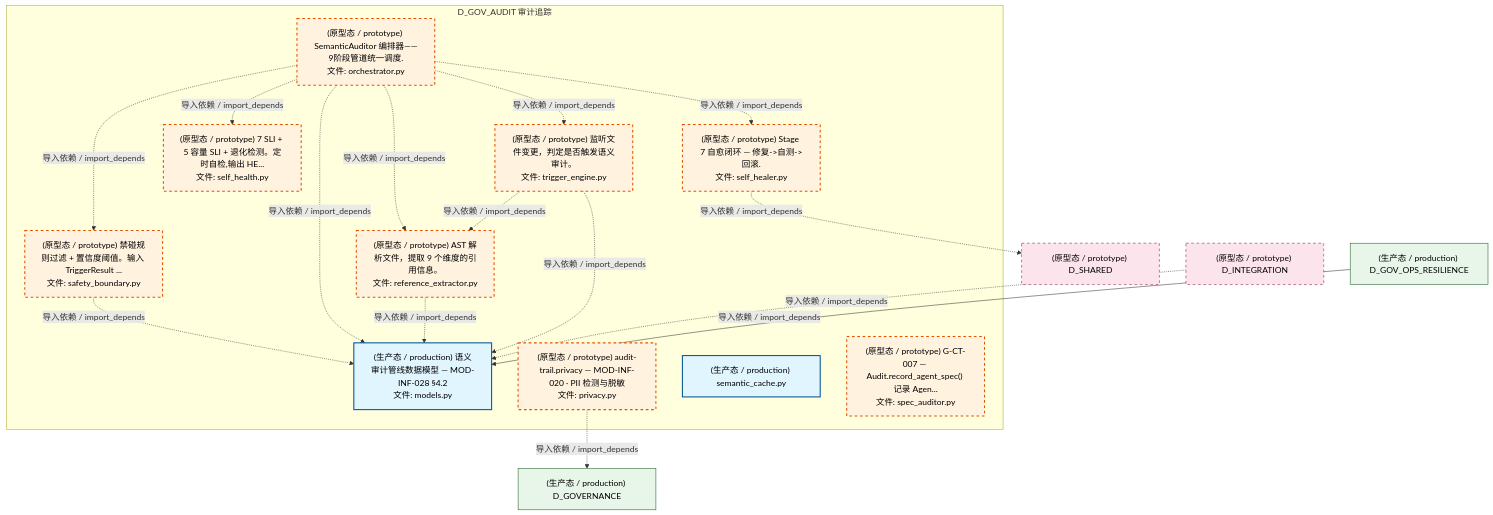
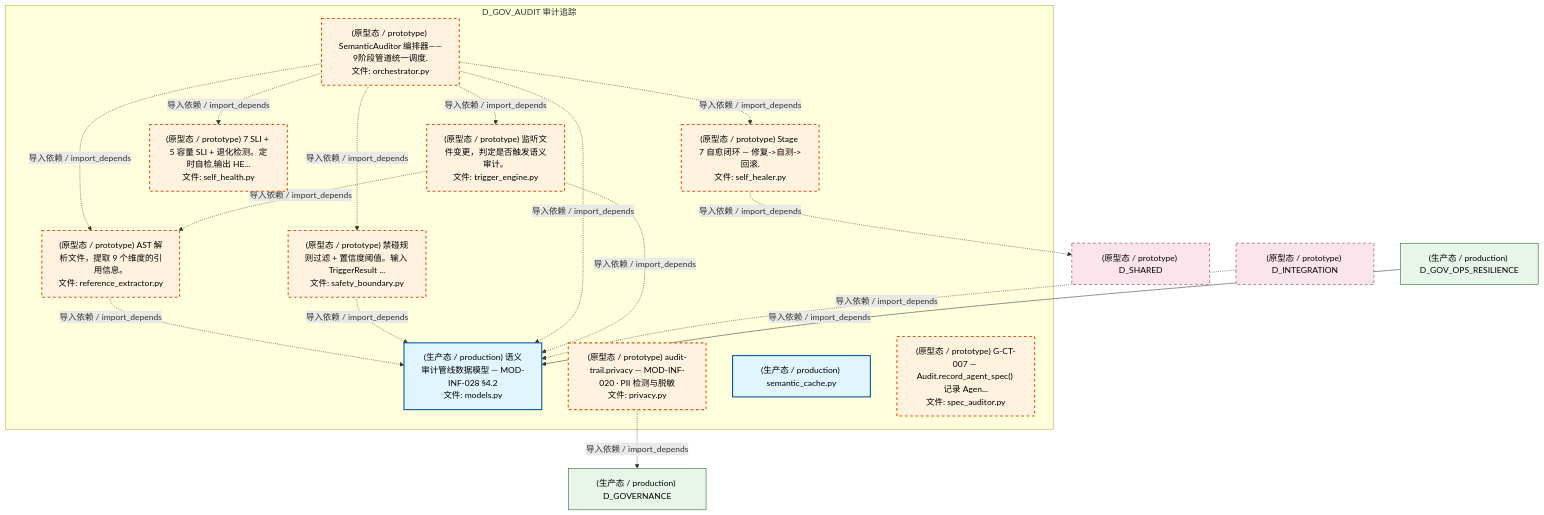
Before and after one commit to xuanFelixVan/ZephyrAlpha: the fourth of 8 diagrams in docs/02_enterprise_architecture/02_domain_architecture_docs/39_d_gov_audit.md, drawn with Mermaid. The commit also changed other lines of this file and 96 other files, not shown here.

````diff
--- a/docs/02_enterprise_architecture/02_domain_architecture_docs/39_d_gov_audit.md
+++ b/docs/02_enterprise_architecture/02_domain_architecture_docs/39_d_gov_audit.md
@@ -450,41 +449,41 @@
 ```mermaid
 graph TD
     subgraph D_GOV_AUDIT["D_GOV_AUDIT 审计追踪"]
         src_zephyr_governance_semantic_audit_models_py["(生产态 / production) 语义审计管线数据模型 — MOD-INF-028 §4.2<br/>文件: models.py"]
         src_zephyr_governance_semantic_audit_orchestrator_py["(原型态 / prototype) SemanticAuditor 编排器——9阶段管道统一调度.<br/>文件: orchestrator.py"]
         src_zephyr_governance_semantic_audit_privacy_py["(原型态 / prototype) audit-trail.privacy — MOD-INF-020 · PII 检测与脱敏<br/>文件: privacy.py"]
         src_zephyr_governance_semantic_audit_reference_extractor_py["(原型态 / prototype) AST 解析文件，提取 9 个维度的引用信息。<br/>文件: reference_extractor.py"]
         src_zephyr_governance_semantic_audit_safety_boundary_py["(原型态 / prototype) 禁碰规则过滤 + 置信度阈值。输入 TriggerResult ...<br/>文件: safety_boundary.py"]
         src_zephyr_governance_semantic_audit_self_healer_py["(原型态 / prototype) Stage 7 自愈闭环 — 修复->自测->回滚.<br/>文件: self_healer.py"]
         src_zephyr_governance_semantic_audit_self_health_py["(原型态 / prototype) 7 SLI + 5 容量 SLI + 退化检测。定时自检,输出 HE...<br/>文件: self_health.py"]
         src_zephyr_governance_semantic_audit_semantic_cache_py["(生产态 / production) semantic_cache.py"]
         src_zephyr_governance_semantic_audit_spec_auditor_py["(原型态 / prototype) G-CT-007 — Audit.record_agent_spec() 记录 Agen...<br/>文件: spec_auditor.py"]
         src_zephyr_governance_semantic_audit_trigger_engine_py["(原型态 / prototype) 监听文件变更，判定是否触发语义审计。<br/>文件: trigger_engine.py"]
     end
+    src_zephyr_governance_semantic_audit_reference_extractor_py -.->|导入依赖 / import_depends| src_zephyr_governance_semantic_audit_models_py
     src_zephyr_governance_semantic_audit_safety_boundary_py -.->|导入依赖 / import_depends| src_zephyr_governance_semantic_audit_models_py
     src_zephyr_governance_semantic_audit_orchestrator_py -.->|导入依赖 / import_depends| src_zephyr_governance_semantic_audit_models_py
-    src_zephyr_governance_semantic_audit_orchestrator_py -.->|导入依赖 / import_depends| src_zephyr_governance_semantic_audit_safety_boundary_py
     src_zephyr_governance_semantic_audit_orchestrator_py -.->|导入依赖 / import_depends| src_zephyr_governance_semantic_audit_reference_extractor_py
     src_zephyr_governance_semantic_audit_orchestrator_py -.->|导入依赖 / import_depends| src_zephyr_governance_semantic_audit_self_health_py
+    src_zephyr_governance_semantic_audit_orchestrator_py -.->|导入依赖 / import_depends| src_zephyr_governance_semantic_audit_safety_boundary_py
+    src_zephyr_governance_semantic_audit_orchestrator_py -.->|导入依赖 / import_depends| src_zephyr_governance_semantic_audit_trigger_engine_py
     src_zephyr_governance_semantic_audit_orchestrator_py -.->|导入依赖 / import_depends| src_zephyr_governance_semantic_audit_self_healer_py
-    src_zephyr_governance_semantic_audit_orchestrator_py -.->|导入依赖 / import_depends| src_zephyr_governance_semantic_audit_trigger_engine_py
-    src_zephyr_governance_semantic_audit_reference_extractor_py -.->|导入依赖 / import_depends| src_zephyr_governance_semantic_audit_models_py
     src_zephyr_governance_semantic_audit_trigger_engine_py -.->|导入依赖 / import_depends| src_zephyr_governance_semantic_audit_models_py
     src_zephyr_governance_semantic_audit_trigger_engine_py -.->|导入依赖 / import_depends| src_zephyr_governance_semantic_audit_reference_extractor_py
     D_GOVERNANCE["(生产态 / production) D_GOVERNANCE"]
     src_zephyr_governance_semantic_audit_privacy_py -.->|导入依赖 / import_depends| D_GOVERNANCE
     D_SHARED["(原型态 / prototype) D_SHARED"]
     src_zephyr_governance_semantic_audit_self_healer_py -.->|导入依赖 / import_depends| D_SHARED
     D_INTEGRATION["(原型态 / prototype) D_INTEGRATION"]
     D_INTEGRATION -.->|导入依赖 / import_depends| src_zephyr_governance_semantic_audit_models_py
     D_GOV_OPS_RESILIENCE["(生产态 / production) D_GOV_OPS_RESILIENCE"]
     D_GOV_OPS_RESILIENCE -->|导入依赖 / import_depends| src_zephyr_governance_semantic_audit_models_py
     classDef production fill:#e1f5fe,stroke:#01579b,stroke-width:2px,color:#000
     classDef design fill:#fff3e0,stroke:#e65100,stroke-width:2px,color:#000,stroke-dasharray: 5 5
     classDef external_prod fill:#e8f5e9,stroke:#1b5e20,stroke-width:1px,color:#000
     classDef external_design fill:#fce4ec,stroke:#880e4f,stroke-width:1px,color:#000,stroke-dasharray: 5 5
     class src_zephyr_governance_semantic_audit_models_py,src_zephyr_governance_semantic_audit_semantic_cache_py production
     class src_zephyr_governance_semantic_audit_orchestrator_py,src_zephyr_governance_semantic_audit_privacy_py,src_zephyr_governance_semantic_audit_reference_extractor_py,src_zephyr_governance_semantic_audit_safety_boundary_py,src_zephyr_governance_semantic_audit_self_healer_py,src_zephyr_governance_semantic_audit_self_health_py,src_zephyr_governance_semantic_audit_spec_auditor_py,src_zephyr_governance_semantic_audit_trigger_engine_py design
     class D_GOVERNANCE,D_GOV_OPS_RESILIENCE external_prod
     class D_SHARED,D_INTEGRATION external_design
 ```
````
